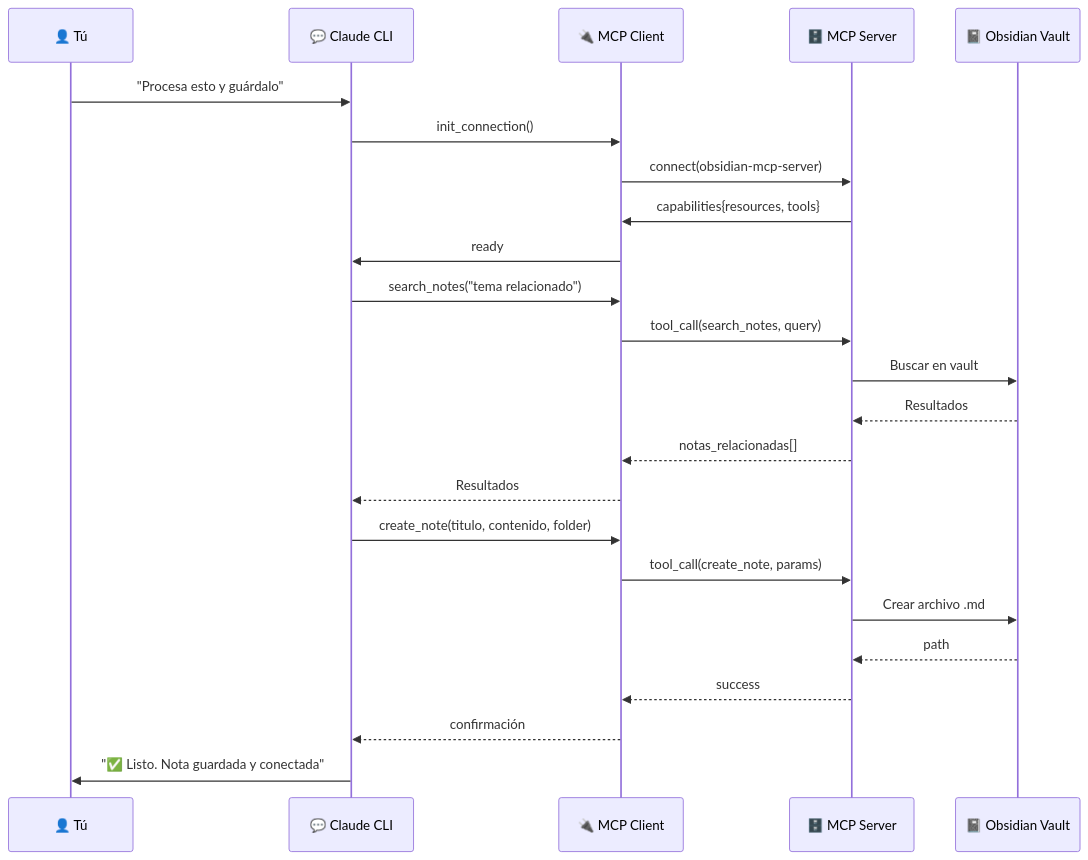
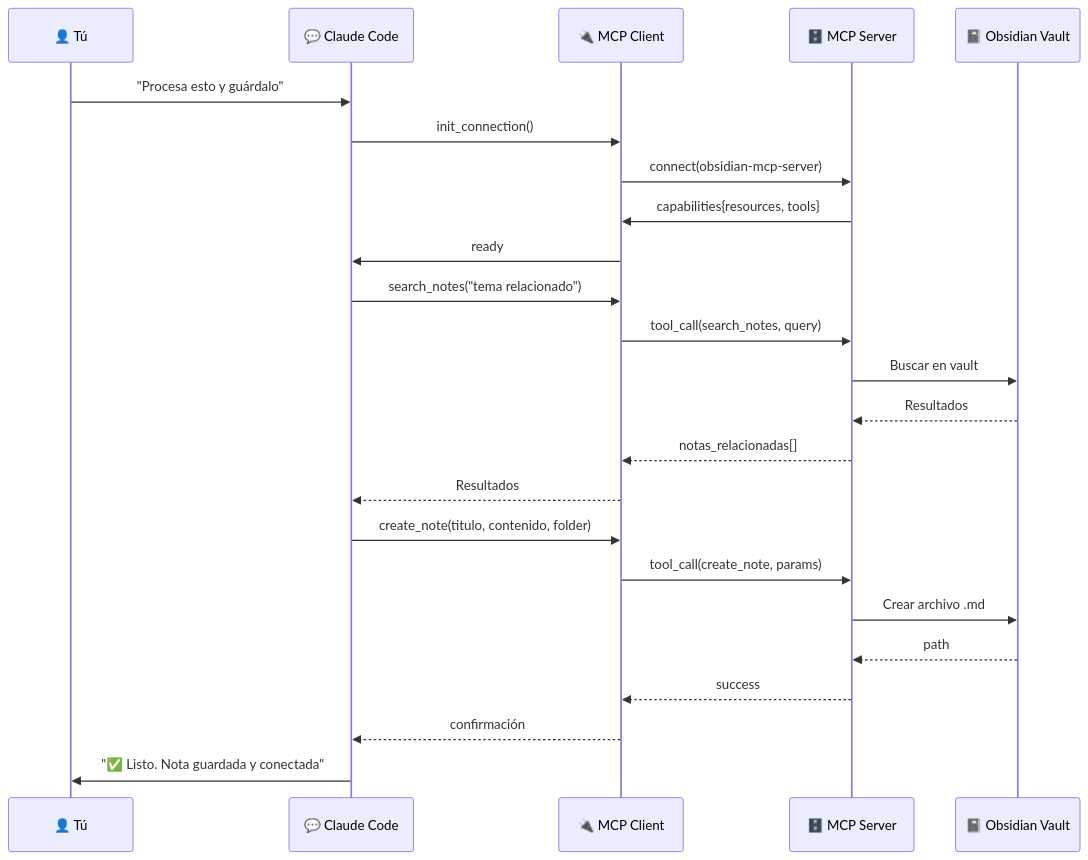
One commit to MrJuanLcm/digital-brain-documentation changed the diagram in docs/06-mcp-explicado.md. Above: the diagram before and after it, drawn with Mermaid. The commit also changed other lines of this file and 11 other files, not shown here.

Commit message:
feat: rename Claude CLI to Claude Code across docs

````diff
--- a/docs/06-mcp-explicado.md
+++ b/docs/06-mcp-explicado.md
@@ -224,30 +224,30 @@
 ```mermaid
 sequenceDiagram
     participant User as 👤 Tú
-    participant Claude as 💬 Claude CLI
+    participant Claude as 💬 Claude Code
     participant MCP as 🔌 MCP Client
     participant Server as 🗄️ MCP Server
     participant Obsidian as 📓 Obsidian Vault
 
     User->>Claude: "Procesa esto y guárdalo"
     Claude->>MCP: init_connection()
     MCP->>Server: connect(obsidian-mcp-server)
     Server->>MCP: capabilities{resources, tools}
     MCP->>Claude: ready
 
     Claude->>MCP: search_notes("tema relacionado")
     MCP->>Server: tool_call(search_notes, query)
     Server->>Obsidian: Buscar en vault
     Obsidian-->>Server: Resultados
     Server-->>MCP: notas_relacionadas[]
     MCP-->>Claude: Resultados
 
     Claude->>MCP: create_note(titulo, contenido, folder)
     MCP->>Server: tool_call(create_note, params)
     Server->>Obsidian: Crear archivo .md
     Obsidian-->>Server: path
     Server-->>MCP: success
     MCP-->>Claude: confirmación
 
     Claude->>User: "✅ Listo. Nota guardada y conectada"
 ```
````
